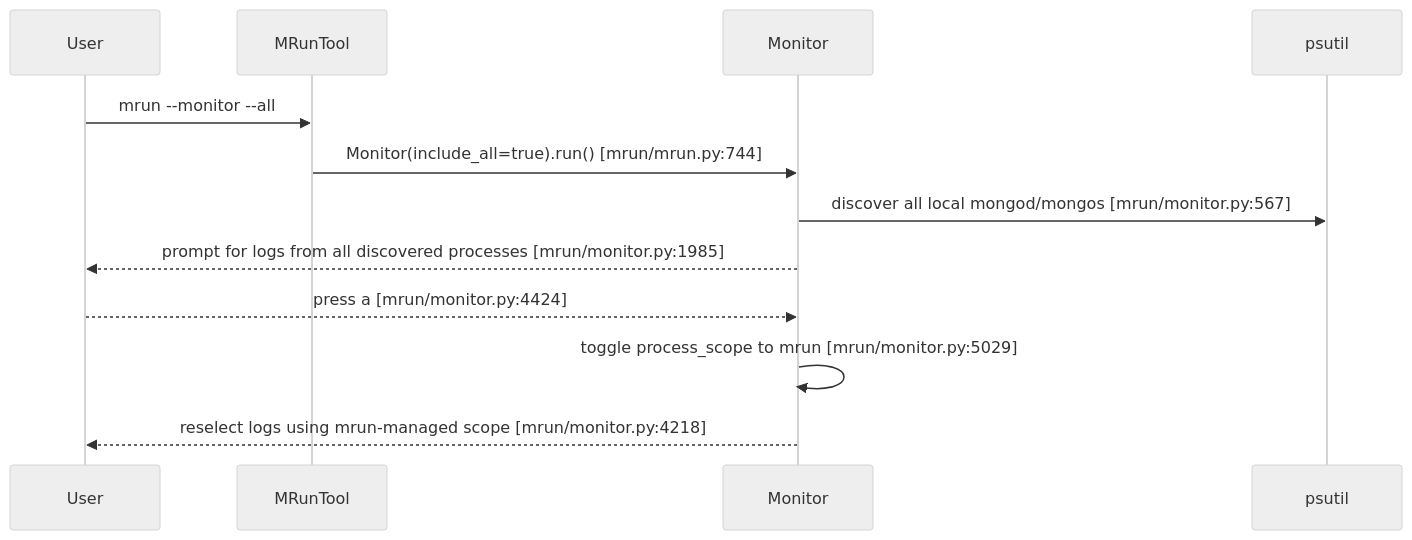
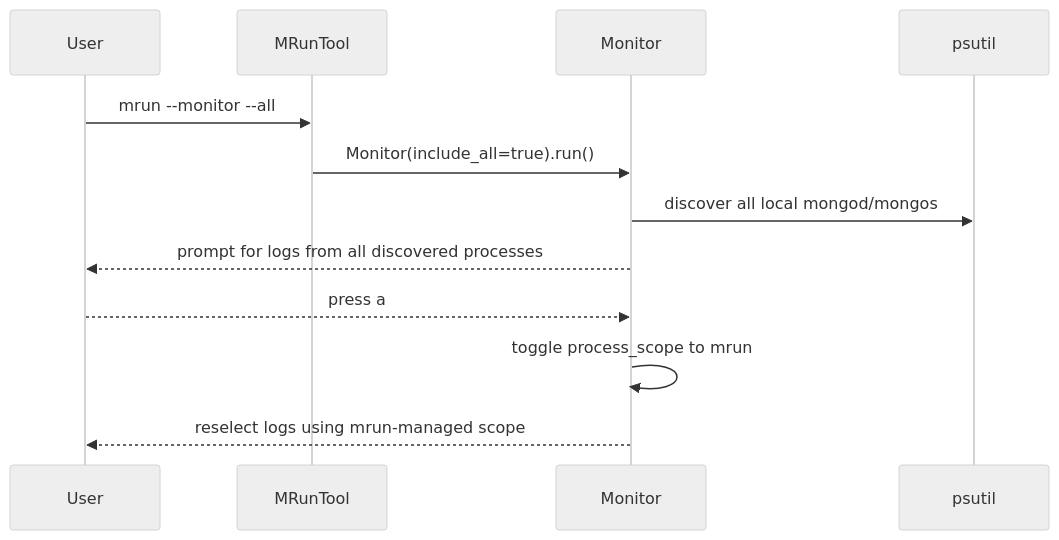
Before and after one commit to mongodb/mlaunch: the second of 12 diagrams in doc/feature-monitor-guide.md, drawn with Mermaid (neutral theme). The commit also changed other lines of this file and 5 other files, not shown here.

Commit message:
Add interactive mrun monitor improvements

````diff
--- a/doc/feature-monitor-guide.md
+++ b/doc/feature-monitor-guide.md
@@ -214,15 +194,15 @@
 ```mermaid
 sequenceDiagram
     participant User
     participant Tool as MRunTool
     participant Monitor as Monitor
     participant PS as psutil
 
     User->>Tool: mrun --monitor --all
-    Tool->>Monitor: Monitor(include_all=true).run() [mrun/mrun.py:744]
-    Monitor->>PS: discover all local mongod/mongos [mrun/monitor.py:567]
-    Monitor-->>User: prompt for logs from all discovered processes [mrun/monitor.py:1985]
-    User-->>Monitor: press a [mrun/monitor.py:4424]
-    Monitor->>Monitor: toggle process_scope to mrun [mrun/monitor.py:5029]
-    Monitor-->>User: reselect logs using mrun-managed scope [mrun/monitor.py:4218]
+    Tool->>Monitor: Monitor(include_all=true).run()
+    Monitor->>PS: discover all local mongod/mongos
+    Monitor-->>User: prompt for logs from all discovered processes
+    User-->>Monitor: press a
+    Monitor->>Monitor: toggle process_scope to mrun
+    Monitor-->>User: reselect logs using mrun-managed scope
 ```
````
